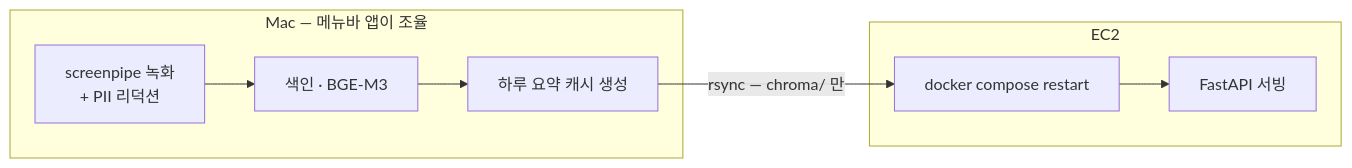
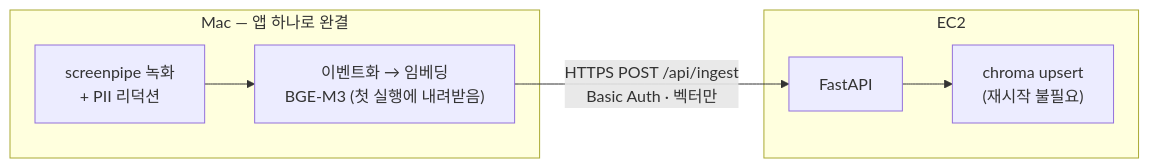
The fifth of 5 diagrams in README.md (kkkk2058/screenlog), drawn with Mermaid before and after one commit. The commit also changed other lines of this file, not shown here.

Commit message:
docs: README에 스트리밍 실측치·검색 전략/임베딩 비교 결과 반영

````diff
--- a/README.md
+++ b/README.md
@@ -188,11 +586,10 @@
 ```mermaid
 flowchart LR
-    subgraph MAC["Mac — 메뉴바 앱이 조율"]
-        REC["screenpipe 녹화<br/>+ PII 리덕션"] --> IX["색인 · BGE-M3"]
-        IX --> SM["하루 요약 캐시 생성"]
+    subgraph MAC["Mac — 앱 하나로 완결"]
+        REC["screenpipe 녹화<br/>+ PII 리덕션"] --> IX["이벤트화 → 임베딩<br/>BGE-M3 (첫 실행에 내려받음)"]
     end
-    SM -->|"rsync — chroma/ 만"| RS["docker compose restart"]
+    IX -->|"HTTPS POST /api/ingest<br/>Basic Auth · 벡터만"| APIS
     subgraph SRV["EC2"]
-        RS --> APIS["FastAPI 서빙"]
+        APIS["FastAPI"] --> CH["chroma upsert<br/>(재시작 불필요)"]
     end
 ```
````
